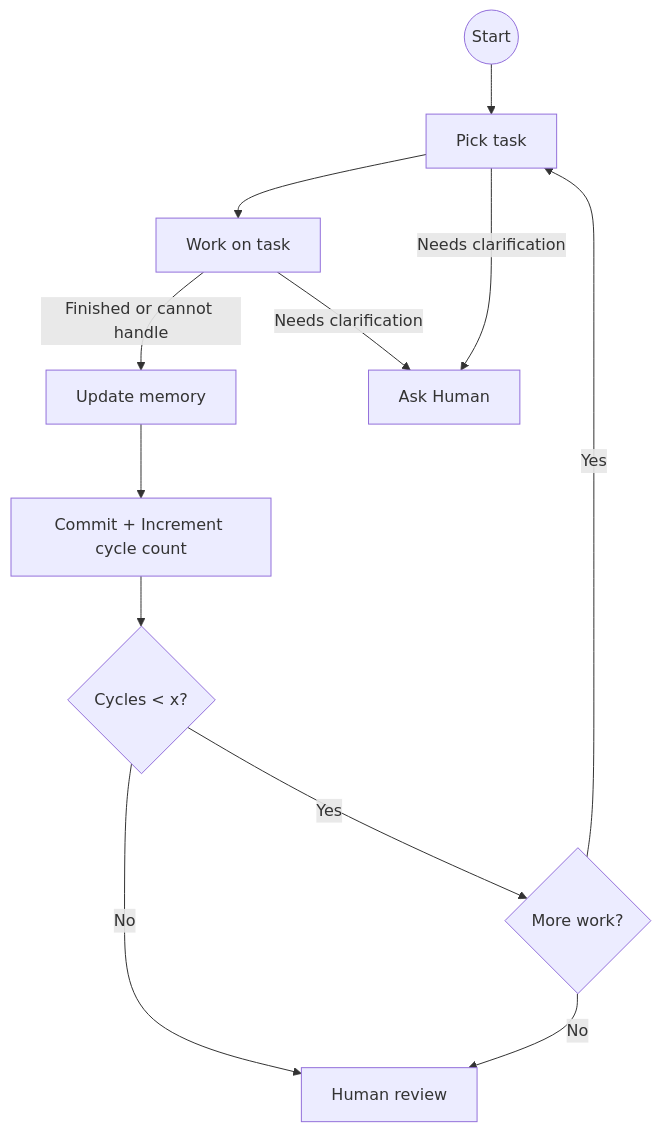
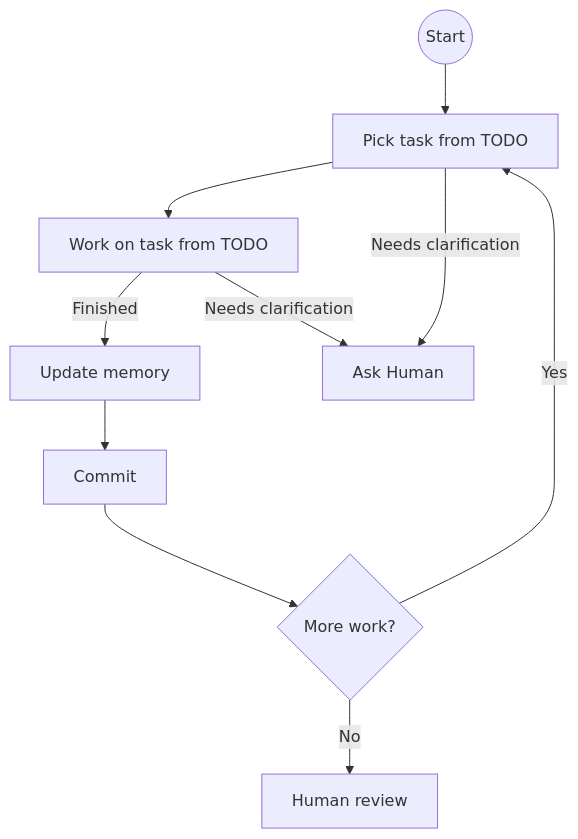
Before and after one commit to marcingurbisz/idea-execution-framework: the diagram in AGENTS.md, drawn with Mermaid. The commit also changed other lines of this file, not shown here.

Commit message:
Refine agent work loop: clarify task selection and update memory process

````diff
--- a/AGENTS.md
+++ b/AGENTS.md
@@ -22,14 +22,12 @@
 ```mermaid
 flowchart TD
-    A@{ shape: circle, label: "Start" } --> B[Pick task]
-    B --> C[Work on task]
-    C -->|Finished or cannot handle| E[Update memory]
+    A@{ shape: circle, label: "Start" } --> B[Pick task from TODO]
+    B --> C[Work on task from TODO]
+    C -->|Finished| E[Update memory]
     C -->|Needs clarification| H[Ask Human]
     B -->|Needs clarification| H
-    E --> Z["Commit + Increment cycle count"]
-    Z --> X{Cycles < x?}
-    X -->|No| I[Human review]
-    X -->|Yes| G{More work?}
+    E --> Z["Commit"]
+    Z --> G{More work?}
     G -->|Yes| B
     G -->|No| I[Human review]
 ```
````
